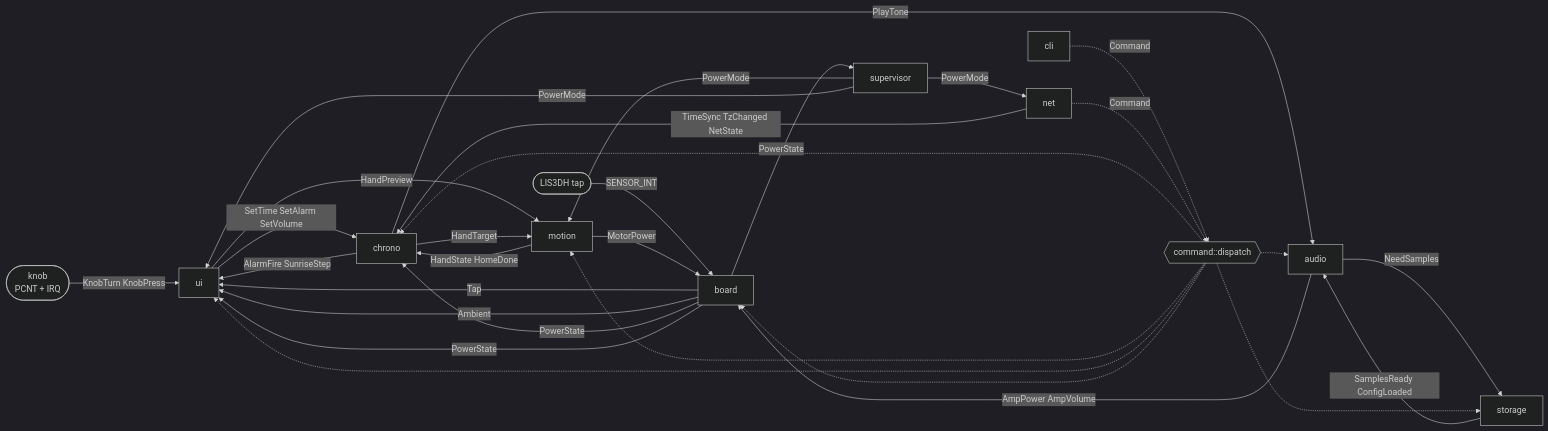
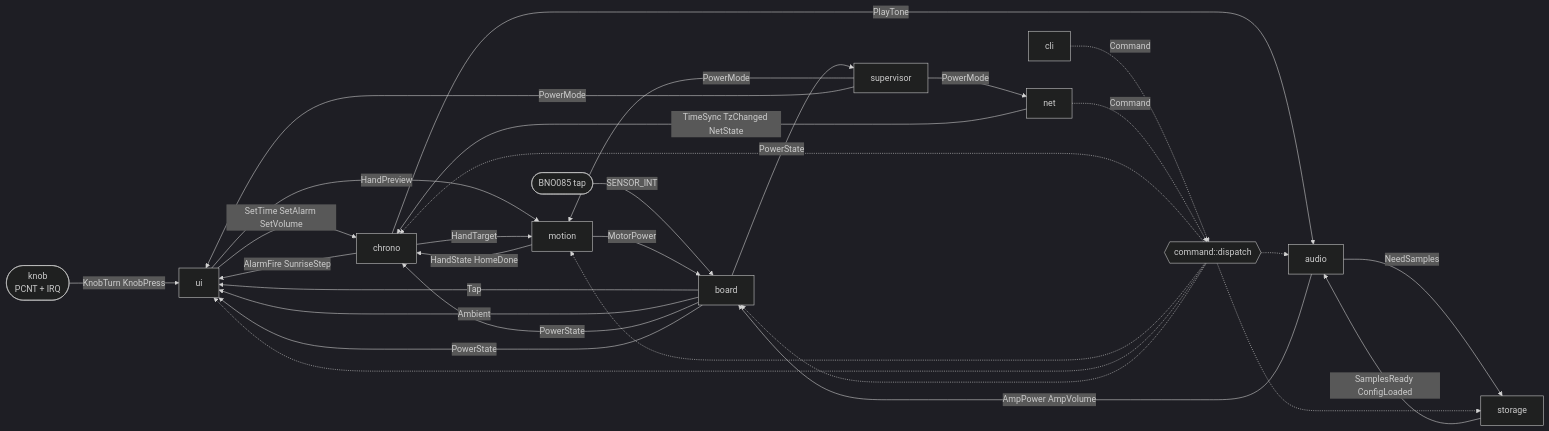
The second of 8 diagrams in FIRMWARE.md (tibm/clock), drawn with Mermaid (dark theme) before and after one commit. The commit also changed other lines of this file, not shown here.

First line of the commit message:
FIRMWARE: the motion sensor is a BNO085, not an LIS3DH

````diff
--- a/FIRMWARE.md
+++ b/FIRMWARE.md
@@ -226,35 +226,35 @@
 ```mermaid
 flowchart LR
     KNB(["knob<br/>PCNT + IRQ"]) -->|KnobTurn KnobPress| UIA["ui"]
-    ACC(["LIS3DH tap"]) -->|SENSOR_INT| BRD["board"]
+    ACC(["BNO085 tap"]) -->|SENSOR_INT| BRD["board"]
     BRD -->|Tap| UIA
     BRD -->|Ambient| UIA
     BRD -->|PowerState| SUP["supervisor"]
     BRD -->|PowerState| CHR["chrono"]
     BRD -->|PowerState| UIA
 
     UIA -->|SetTime SetAlarm SetVolume| CHR
     UIA -->|HandPreview| MOT["motion"]
     CHR -->|HandTarget| MOT
     CHR -->|AlarmFire SunriseStep| UIA
     CHR -->|PlayTone| AUD["audio"]
     MOT -->|HandState HomeDone| CHR
     MOT -->|MotorPower| BRD
     AUD -->|AmpPower AmpVolume| BRD
     AUD -->|NeedSamples| STO["storage"]
     STO -->|SamplesReady ConfigLoaded| AUD
 
     NET["net"] -->|TimeSync TzChanged NetState| CHR
     SUP -->|PowerMode| MOT
     SUP -->|PowerMode| UIA
     SUP -->|PowerMode| NET
 
     CLIA["cli"] -.->|Command| DISP{{"command::dispatch"}}
     NET -.->|Command| DISP
     DISP -.-> CHR
     DISP -.-> MOT
     DISP -.-> UIA
     DISP -.-> AUD
     DISP -.-> BRD
     DISP -.-> STO
 ```
````
